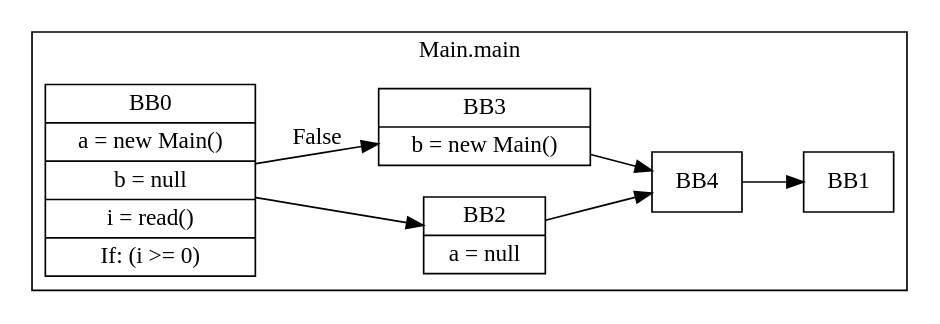
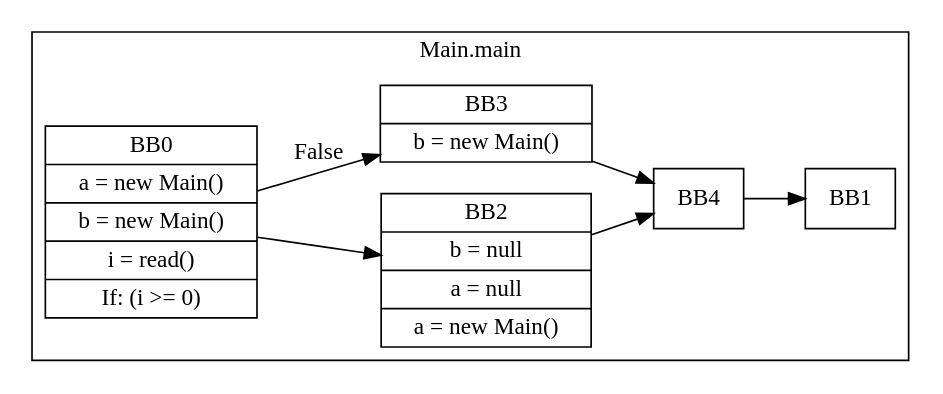
Before and after one commit to fimeier/compilerDesign: the diagram in HW5/javali_tests/HW5/NNIfElse.javali.cfg.dot, drawn with Graphviz. The commit also changed 36 other files, not shown here.

```diff
--- a/HW5/javali_tests/HW5/NNIfElse.javali.cfg.dot
+++ b/HW5/javali_tests/HW5/NNIfElse.javali.cfg.dot
@@ -1,31 +1,31 @@
 digraph G {
   graph [ rankdir = "LR" ];
   subgraph cluster_0 {
     label = "Main.main"
     M0_BB0 [
       shape="record"
-      label="BB0|a = new Main()|b = null|i = read()|If: (i \>= 0)"
+      label="BB0|a = new Main()|b = new Main()|i = read()|If: (i \>= 0)"
     ];
     M0_BB0 -> M0_BB2;
     M0_BB0 -> M0_BB3 [label="False"];
     M0_BB1 [
       shape="record"
       label="BB1"
     ];
     M0_BB2 [
       shape="record"
-      label="BB2|a = null"
+      label="BB2|b = null|a = null|a = new Main()"
     ];
     M0_BB2 -> M0_BB4;
     M0_BB3 [
       shape="record"
       label="BB3|b = new Main()"
     ];
     M0_BB3 -> M0_BB4;
     M0_BB4 [
       shape="record"
       label="BB4"
     ];
     M0_BB4 -> M0_BB1;
   }
 }
```
